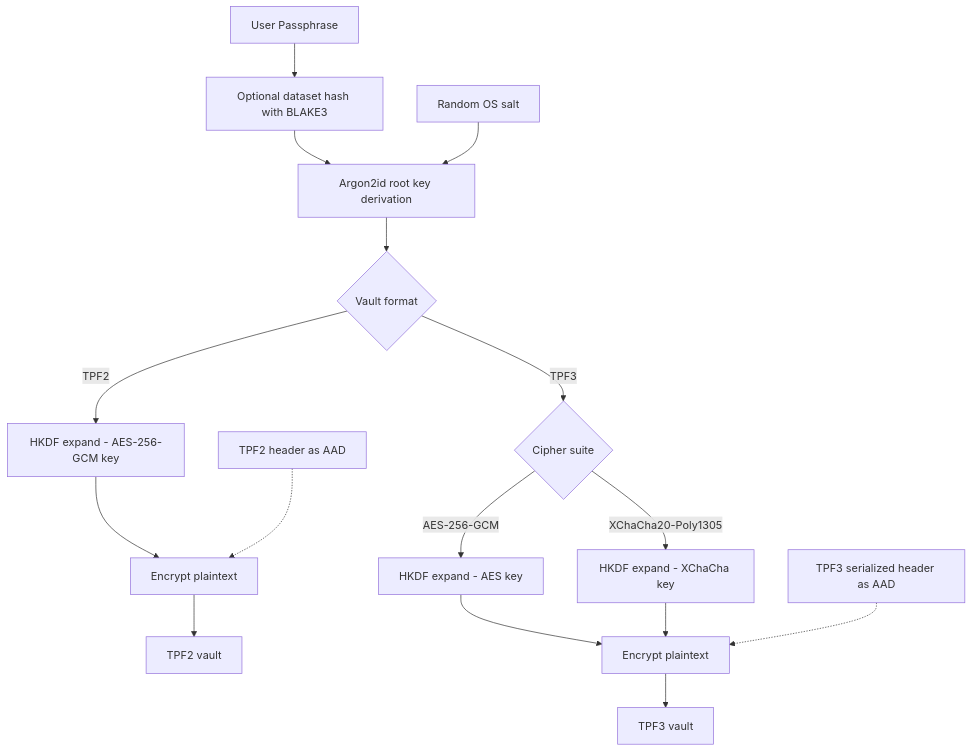
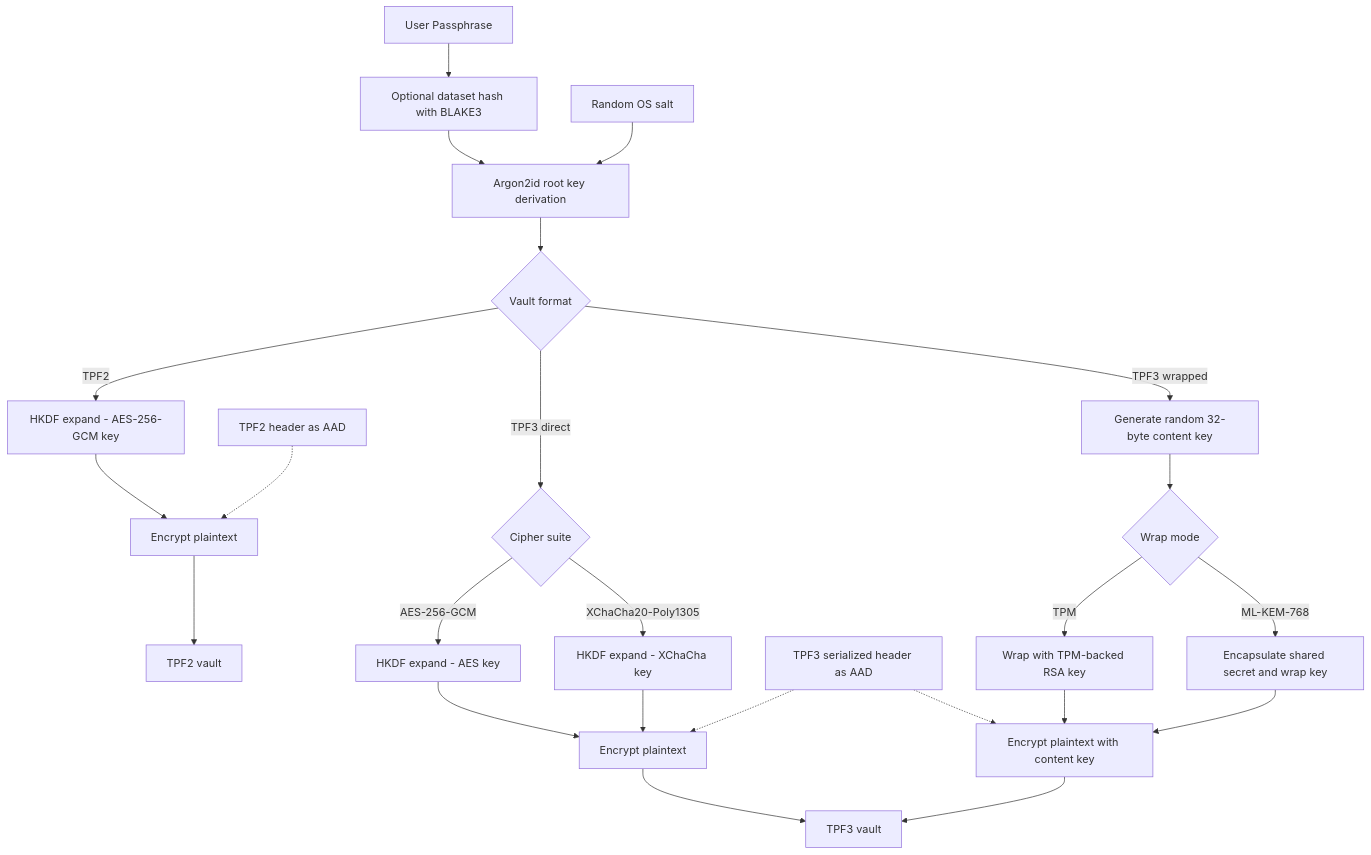
The diagram in Documentation/README.md (Entr0pyArchitect/tripple_pulsar_vault), drawn with Mermaid before and after one commit. The commit also changed other lines of this file and 9 other files, not shown here.

First line of the commit message:
Finalize TPV 3.0 with validated TPF3 TPM and ML-KEM-768 wrapped-key support

````diff
--- a/Documentation/README.md
+++ b/Documentation/README.md
@@ -32,20 +39,29 @@
 ```mermaid
 flowchart TD
     A[User Passphrase] --> B[Optional dataset hash with BLAKE3]
     B --> C[Argon2id root key derivation]
     D[Random OS salt] --> C
     C --> E{Vault format}
 
     E -->|TPF2| F[HKDF expand - AES-256-GCM key]
     F --> G[Encrypt plaintext]
     H[TPF2 header as AAD] -.-> G
     G --> I[TPF2 vault]
 
-    E -->|TPF3| J{Cipher suite}
+    E -->|TPF3 direct| J{Cipher suite}
     J -->|AES-256-GCM| K[HKDF expand - AES key]
     J -->|XChaCha20-Poly1305| L[HKDF expand - XChaCha key]
     K --> M[Encrypt plaintext]
     L --> M[Encrypt plaintext]
     N[TPF3 serialized header as AAD] -.-> M
     M --> O[TPF3 vault]
+
+    E -->|TPF3 wrapped| P[Generate random 32-byte content key]
+    P --> Q{Wrap mode}
+    Q -->|TPM| R[Wrap with TPM-backed RSA key]
+    Q -->|ML-KEM-768| S[Encapsulate shared secret and wrap key]
+    R --> T[Encrypt plaintext with content key]
+    S --> T
+    N -.-> T
+    T --> O
 ```
````
